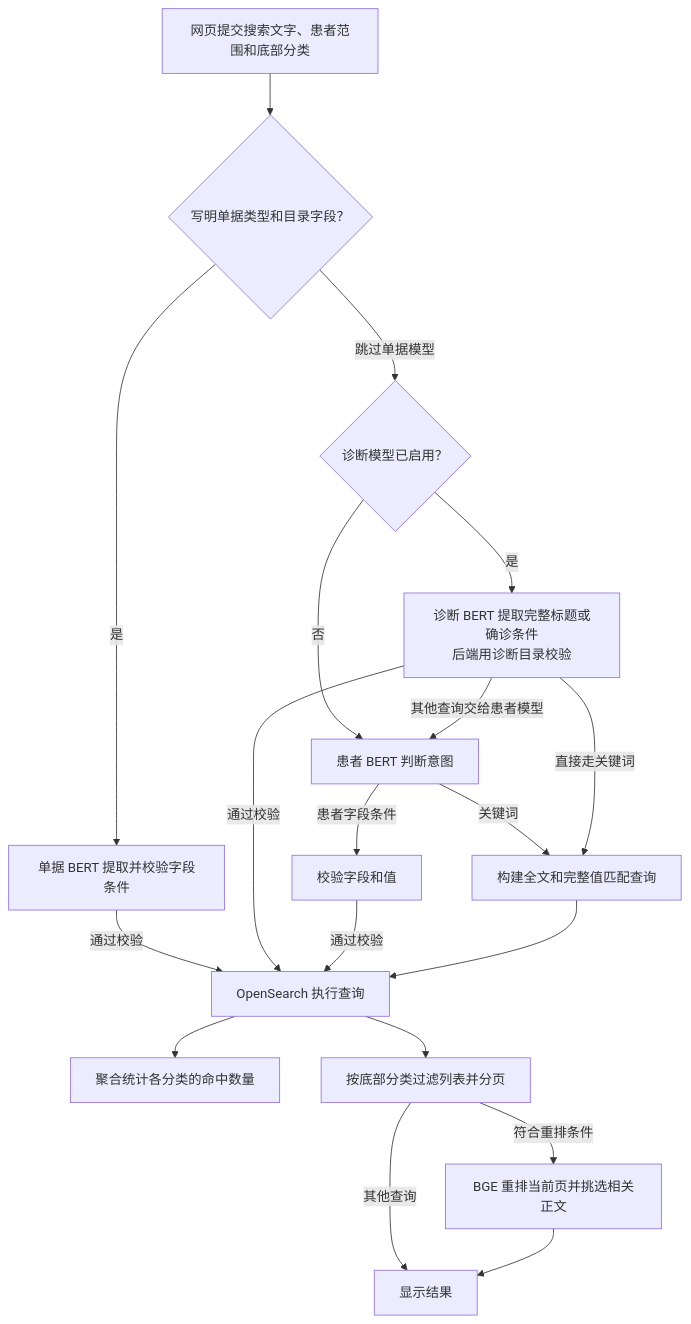
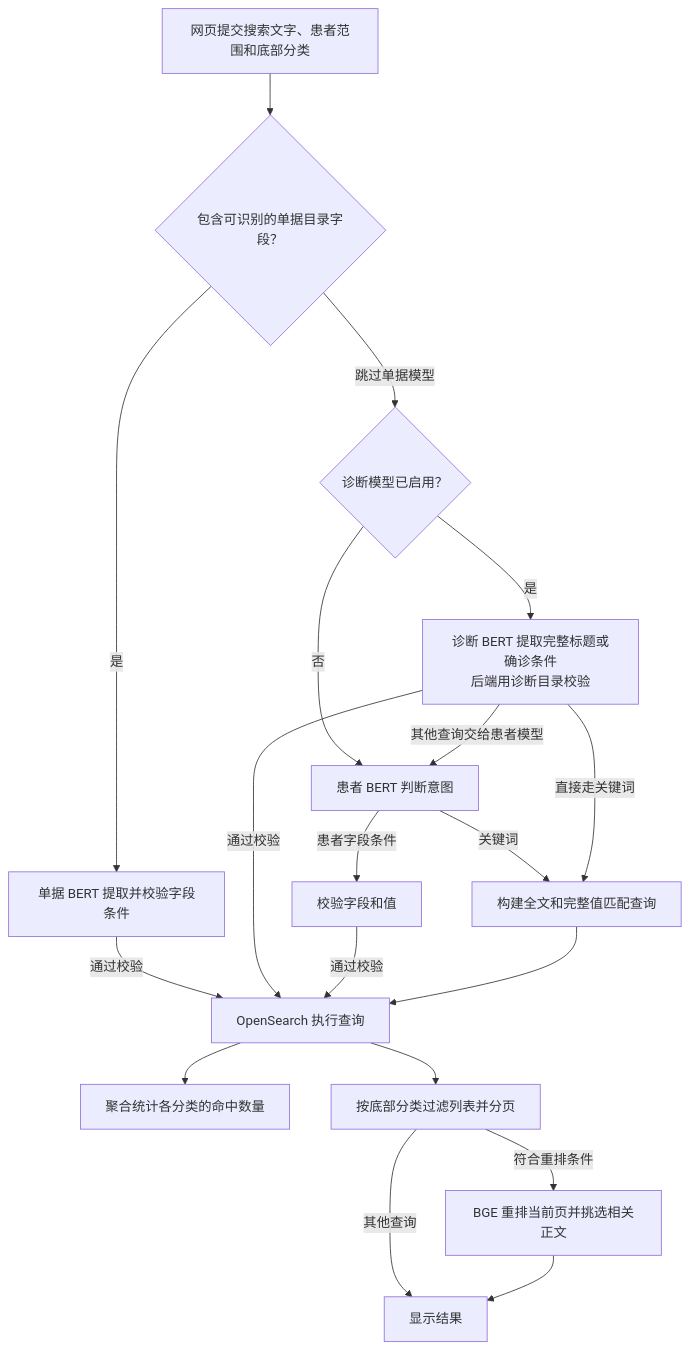
Before and after one commit to VINEtom/OpenSearch: the third of 3 diagrams in docs/search-guide.md, drawn with Mermaid. The commit also changed other lines of this file and 15 other files, not shown here.

````diff
--- a/docs/search-guide.md
+++ b/docs/search-guide.md
@@ -227,21 +297,21 @@
 ```mermaid
 flowchart TD
-    A["网页提交搜索文字、患者范围和底部分类"] --> B{"写明单据类型和目录字段？"}
+    A["网页提交搜索文字、患者范围和底部分类"] --> B{"包含可识别的单据目录字段？"}
     B -->|"是"| C["单据 BERT 提取并校验字段条件"]
     B -->|"跳过单据模型"| D{"诊断模型已启用？"}
     D -->|"是"| E["诊断 BERT 提取完整标题或确诊条件<br/>后端用诊断目录校验"]
     D -->|"否"| P["患者 BERT 判断意图"]
     E -->|"其他查询交给患者模型"| P
     P -->|"患者字段条件"| F["校验字段和值"]
     P -->|"关键词"| G["构建全文和完整值匹配查询"]
     C -->|"通过校验"| O["OpenSearch 执行查询"]
     E -->|"通过校验"| O
     E -->|"直接走关键词"| G
     F -->|"通过校验"| O
     G --> O
     O --> H["聚合统计各分类的命中数量"]
     O --> I["按底部分类过滤列表并分页"]
     I -->|"符合重排条件"| J["BGE 重排当前页并挑选相关正文"]
     I -->|"其他查询"| L["显示结果"]
     J --> L
 ```
````
